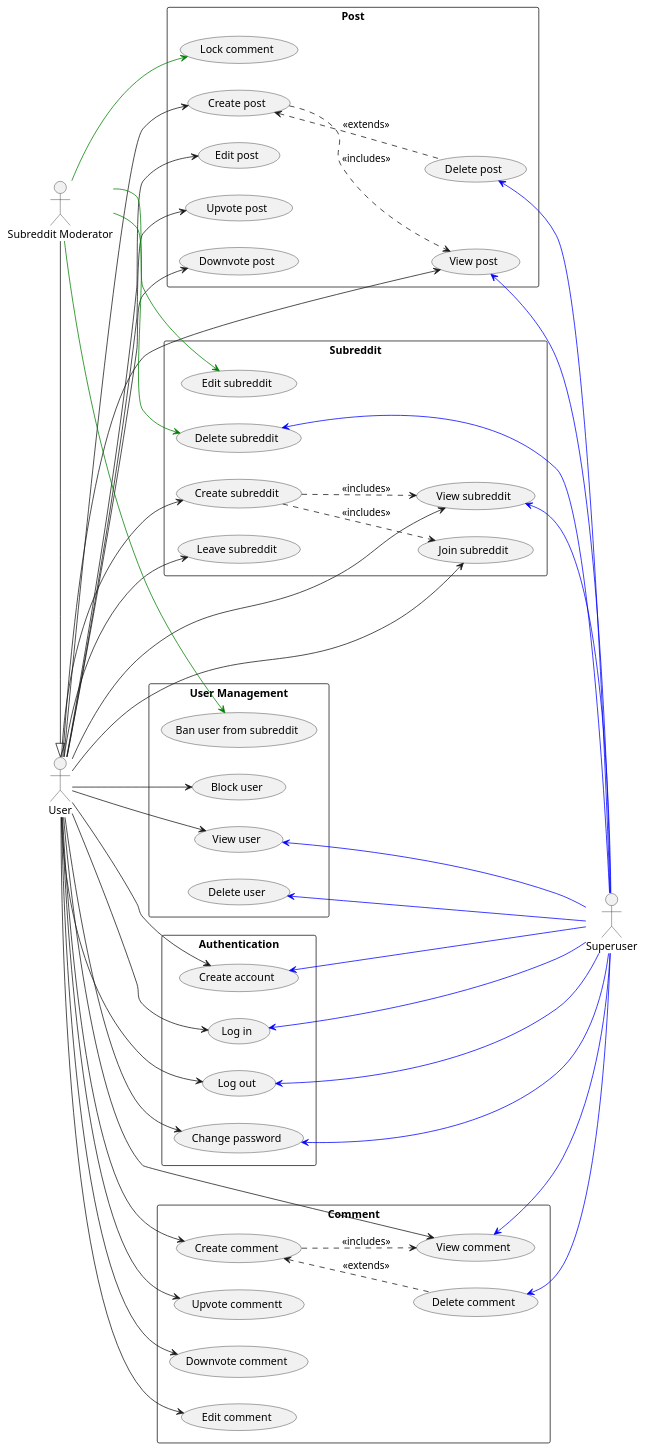
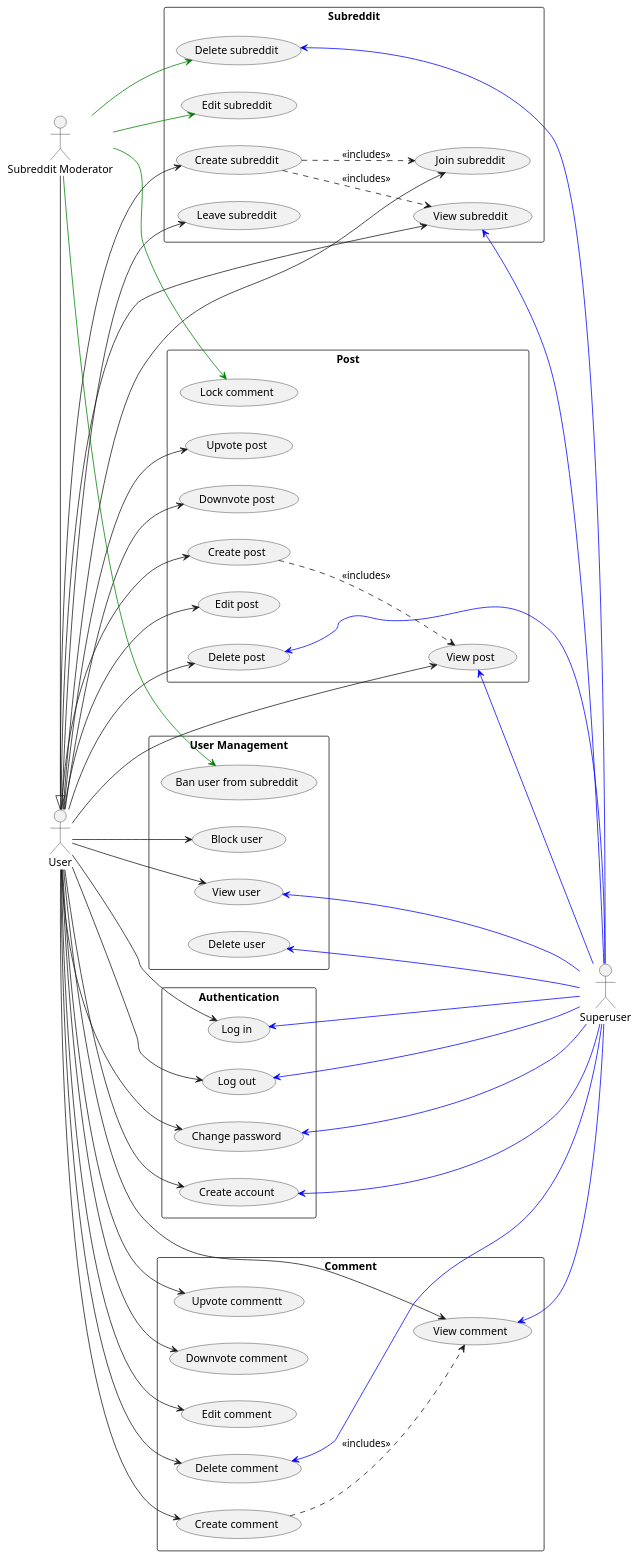
One commit to Huy-Ngo/reddit-design changed the diagram in use_case.puml. Above: the diagram before and after it, drawn with PlantUML.

Commit message:
Remove extends relation between delete and create

```diff
--- a/use_case.puml
+++ b/use_case.puml
@@ -1,101 +1,101 @@
 @startuml
 left to right direction
 skinparam packageStyle rectangle
 
 actor "User" as user
 actor "Subreddit Moderator" as mod
 actor "Superuser" as su
 mod -|> user
 rectangle Post as post {
   usecase "View post" as post_view
   usecase "Create post" as post_create
   usecase "Edit post" as post_edit
   usecase "Delete post" as post_delete
   usecase "Upvote post" as post_up
   usecase "Downvote post" as post_down
   usecase "Lock comment" as post_lock
 }
 
 rectangle Comment as cmt {
   usecase "View comment" as cmt_view
   usecase "Create comment" as cmt_create
   usecase "Upvote commentt" as cmt_up
   usecase "Downvote comment" as cmt_down
   usecase "Edit comment" as cmt_edit
   usecase "Delete comment" as cmt_delete
 }
 
 rectangle Subreddit as sub {
   usecase "View subreddit" as sub_view
   usecase "Create subreddit" as sub_create
   usecase "Edit subreddit" as sub_edit
   usecase "Delete subreddit" as sub_delete
   usecase "Join subreddit" as sub_join
   usecase "Leave subreddit" as sub_leave
 }
 
 rectangle "User Management" as user_mng {
   usecase "View user" as user_view
   usecase "Delete user" as user_delete
   usecase "Block user" as user_block
   usecase "Ban user from subreddit" as user_ban
 }
 
 rectangle "Authentication" as auth {
   usecase "Create account" as acc_create
   usecase "Log in" as login
   usecase "Log out" as logout
   usecase "Change password" as pwd_change
 }
 
 user --> acc_create
 user --> login
 user --> logout
 user --> pwd_change
 
 user --> post_create
 user --> post_view
 user --> post_edit
+user --> post_delete
 user --> post_up
 user --> post_down
 
 user --> cmt_up
 user --> cmt_down
 user --> cmt_create
 user --> cmt_edit
 user --> cmt_view
+user --> cmt_delete
 
 user --> sub_create
 user --> sub_join
 user --> sub_leave
 user --> sub_view
 
 user --> user_block
 user --> user_view
 
 mod -[#green]-> post_lock
 mod -[#green]-> sub_edit
 mod -[#green]-> sub_delete
 mod -[#green]-> user_ban
 
 post_view   <-[#blue]- su
 post_delete <-[#blue]- su
 cmt_view    <-[#blue]- su
 cmt_delete  <-[#blue]- su
 sub_view    <-[#blue]- su
 sub_delete  <-[#blue]- su
 user_view   <-[#blue]- su
 user_delete <-[#blue]- su
 acc_create  <-[#blue]- su
 login       <-[#blue]- su
 logout      <-[#blue]- su
 pwd_change  <-[#blue]- su
 
-post_create <.. post_delete : <<extends>>
 post_create ..> post_view : <<includes>>
 cmt_create ..> cmt_view : <<includes>>
-cmt_create <.. cmt_delete : <<extends>>
 sub_create ..> sub_view : <<includes>>
 sub_create ..> sub_join : <<includes>>
 
 @enduml
```
